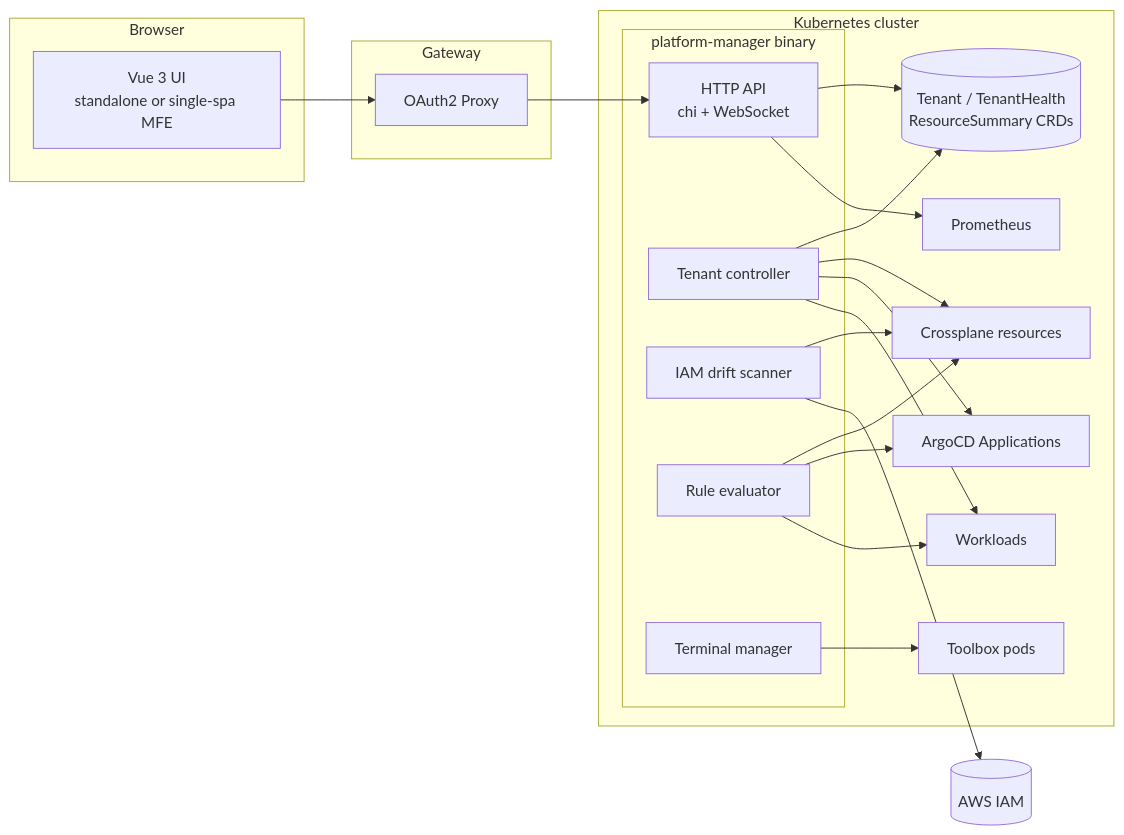
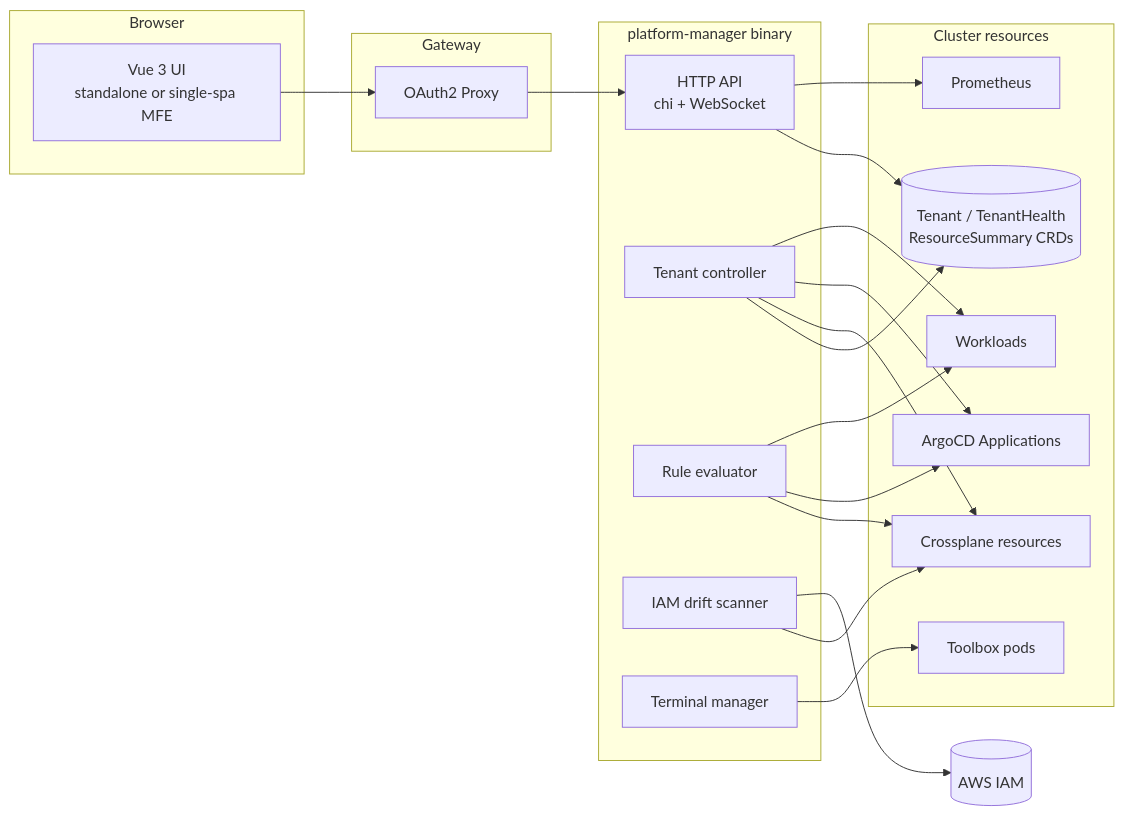
The diagram in README.md (0xNiel/platform-manager), drawn with Mermaid before and after one commit. The commit also changed other lines of this file, not shown here.

Commit message:
docs: flatten the architecture diagram so every renderer draws it
The Terminal manager -> Toolbox pods edge went from a node in a nested
subgraph (platform-manager inside Kubernetes cluster) to the outer
subgraph. Some Mermaid renderers drew that edge in the inner
subgraph's coordinates, leaving an orphaned arrow. Make the binary and
the cluster resources sibling subgraphs and write one edge per line
instead of the & shorthand. Checked with Mermaid 11 (dagre), the
markdown-mermaid extension's bundle, and the ELK layout.

````diff
--- a/README.md
+++ b/README.md
@@ -44,38 +44,44 @@
 ```mermaid
 flowchart LR
     subgraph Browser
         UI[Vue 3 UI<br/>standalone or single-spa MFE]
     end
 
     subgraph Gateway
         OP[OAuth2 Proxy]
     end
 
-    subgraph Cluster[Kubernetes cluster]
-        subgraph PM[platform-manager binary]
-            API[HTTP API<br/>chi + WebSocket]
-            TC[Tenant controller]
-            IAM[IAM drift scanner]
-            RE[Rule evaluator]
-            TM[Terminal manager]
-        end
+    subgraph PM[platform-manager binary]
+        API[HTTP API<br/>chi + WebSocket]
+        TC[Tenant controller]
+        RE[Rule evaluator]
+        IAM[IAM drift scanner]
+        TM[Terminal manager]
+    end
+
+    subgraph K8S[Cluster resources]
         CRDs[(Tenant / TenantHealth<br/>ResourceSummary CRDs)]
         XP[Crossplane resources]
         ARGO[ArgoCD Applications]
         WL[Workloads]
+        PROM[Prometheus]
         TOOLBOX[Toolbox pods]
-        PROM[Prometheus]
     end
 
     AWS[(AWS IAM)]
 
-    UI --> OP --> API
+    UI --> OP
+    OP --> API
+    API --> CRDs
+    API --> PROM
     TC --> CRDs
-    TC --> XP & ARGO & WL
+    TC --> XP
+    TC --> ARGO
+    TC --> WL
+    RE --> XP
+    RE --> ARGO
+    RE --> WL
     IAM --> XP
     IAM --> AWS
-    RE --> XP & ARGO & WL
-    API --> CRDs
-    API --> PROM
     TM --> TOOLBOX
 ```
````
